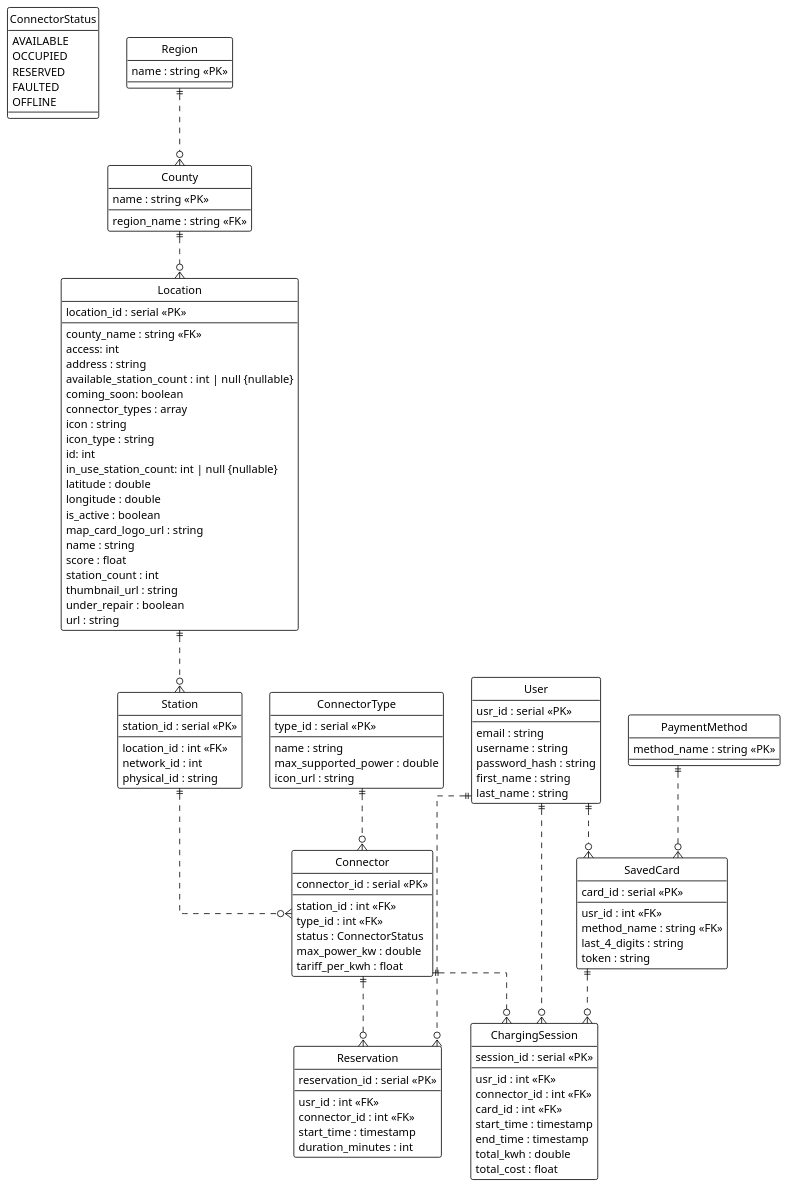
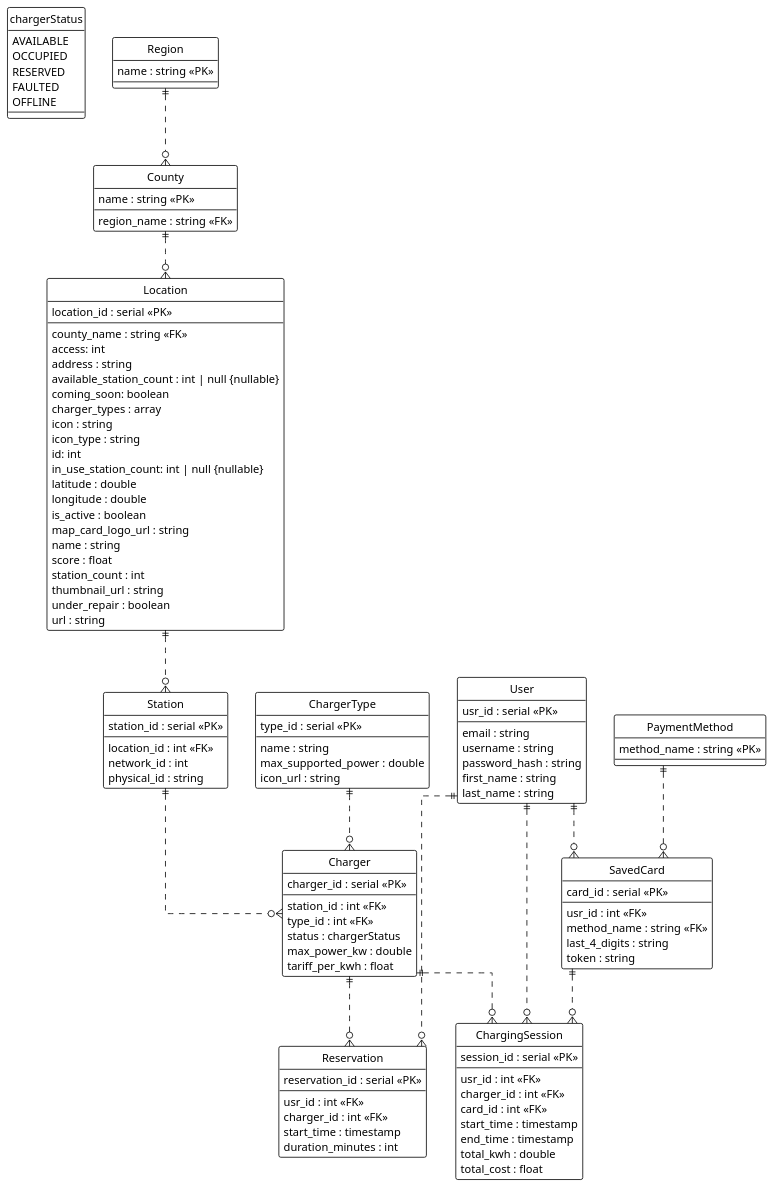
One commit to sotiriskavadakis/softeng25-42 changed the diagram in documentation/plantuml/code/ER.puml. Above: the diagram before and after it, drawn with PlantUML. The commit also changed 2 other files, not shown here.

Commit message:
Small changes to the ER

```diff
--- a/documentation/plantuml/code/ER.puml
+++ b/documentation/plantuml/code/ER.puml
@@ -1,151 +1,151 @@
 @startuml
 ' VISUAL STYLING
 !theme plain
 hide circle
 skinparam linetype ortho
 
 ' ENUMS
-enum ConnectorStatus {
+enum chargerStatus {
   AVAILABLE
   OCCUPIED
   RESERVED
   FAULTED
   OFFLINE
 }
 
 ' --- GEOGRAPHY ---
 entity "Region" as region {
   name : string <<PK>>
 }
 
 entity "County" as county {
   name : string <<PK>>
   --
   region_name : string <<FK>>
 }
 
 ' --- INFRASTRUCTURE ---
 
 entity "Location" as location {
   ' Represents the parking lot / site
   location_id : serial <<PK>>
   --
   county_name : string <<FK>>
   access: int
   address : string
   available_station_count : int | null {nullable}
   coming_soon: boolean
-  connector_types : array
+  charger_types : array
   icon : string
   icon_type : string
   id: int
   in_use_station_count: int | null {nullable}
   latitude : double
   longitude : double
   is_active : boolean
   map_card_logo_url : string
   name : string
   score : float
   station_count : int
   thumbnail_url : string
   under_repair : boolean
   url : string
 }
 
 entity "Station" as station {
   ' Represents the physical EVSE box (e.g. The AC post or the DC cabinet)
   station_id : serial <<PK>>
   --
   location_id : int <<FK>>
   network_id : int
   physical_id : string
 }
 
-entity "ConnectorType" as conn_type {
+entity "ChargerType" as charger_type {
   ' LOOKUP TABLE: e.g. CCS2, Type 2, CHAdeMO
   type_id : serial <<PK>>
   --
   name : string
   max_supported_power : double
   icon_url : string
 }
 
-entity "Connector" as connector {
+entity "Charger" as charger {
   ' The specific plug/outlet
-  connector_id : serial <<PK>>
+  charger_id : serial <<PK>>
   --
   station_id : int <<FK>>
   type_id : int <<FK>>
-  status : ConnectorStatus
+  status : chargerStatus
   max_power_kw : double
   tariff_per_kwh : float
 }
 
 ' --- USERS & FINANCE ---
 
 entity "User" as usr {
   usr_id : serial <<PK>>
   --
   email : string
   username : string
   password_hash : string
   first_name : string
   last_name : string
 }
 
 entity "PaymentMethod" as pay_method {
   method_name : string <<PK>>
 }
 
 entity "SavedCard" as card {
   card_id : serial <<PK>>
   --
   usr_id : int <<FK>>
   method_name : string <<FK>>
   last_4_digits : string
   token : string
 }
 
 ' --- TRANSACTIONS ---
 
 entity "Reservation" as reservation {
   reservation_id : serial <<PK>>
   --
   usr_id : int <<FK>>
-  connector_id : int <<FK>>
+  charger_id : int <<FK>>
   start_time : timestamp
   duration_minutes : int
 }
 
 entity "ChargingSession" as session {
   session_id : serial <<PK>>
   --
   usr_id : int <<FK>>
-  connector_id : int <<FK>>
+  charger_id : int <<FK>>
   card_id : int <<FK>>
   start_time : timestamp
   end_time : timestamp
   total_kwh : double
   total_cost : float
 }
 
 ' --- RELATIONSHIPS ---
 
 region ||..o{ county
 county ||..o{ location
 
 location ||..o{ station
-station ||..o{ connector
+station ||..o{ charger
 
-conn_type ||..o{ connector
+charger_type ||..o{ charger
 
 usr ||..o{ card
 pay_method ||..o{ card
 
 usr ||..o{ reservation
-connector ||..o{ reservation
+charger ||..o{ reservation
 
 usr ||..o{ session
-connector ||..o{ session
+charger ||..o{ session
 card ||..o{ session
 @enduml
```
